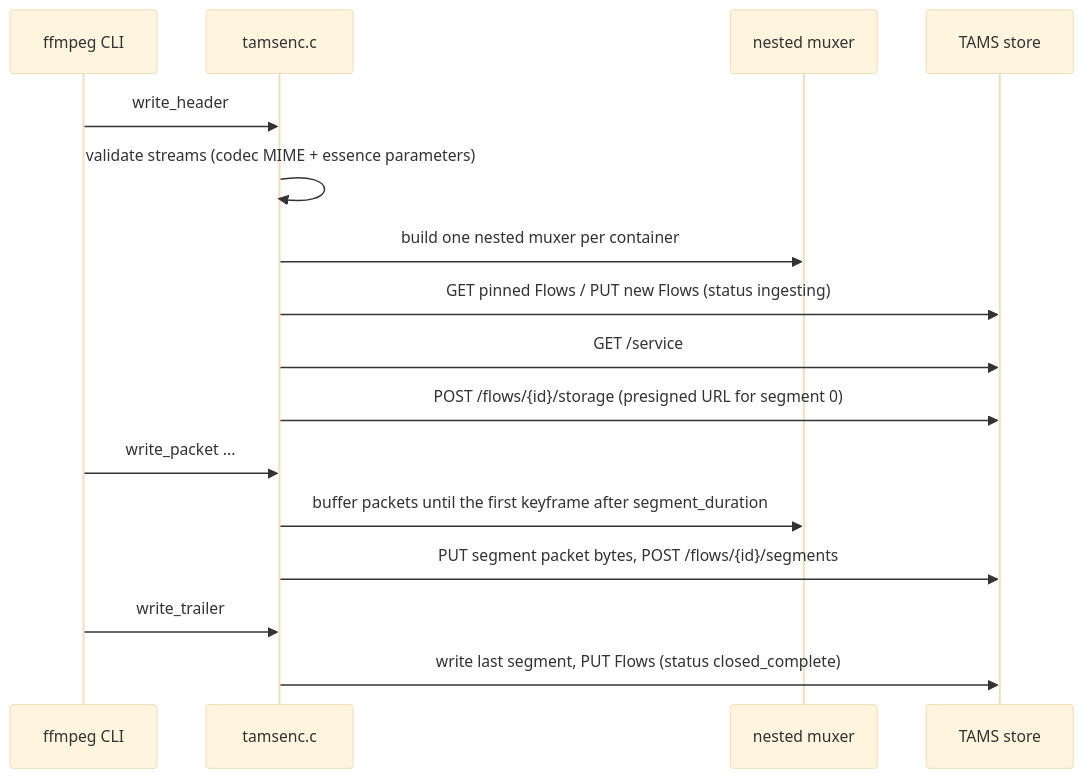
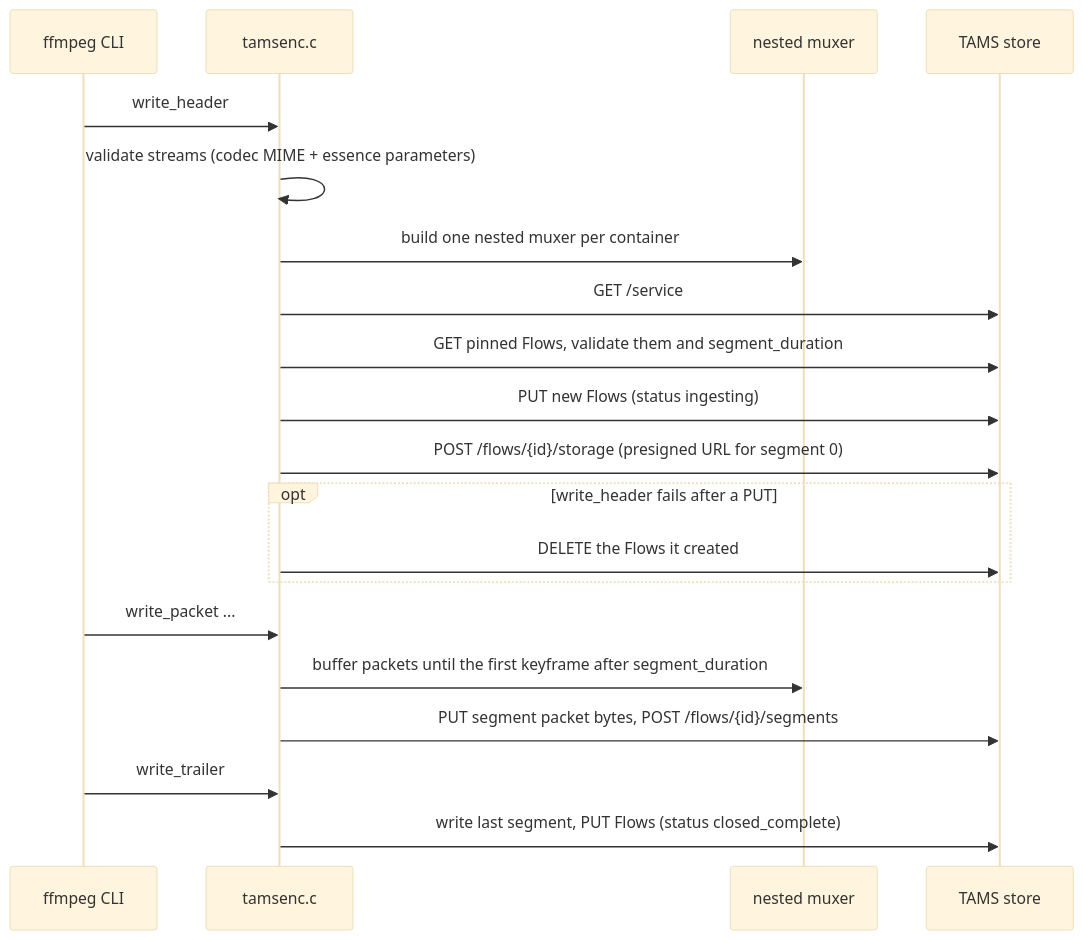
Before and after one commit to hootworks/website: the fourth of 5 diagrams in content/news/tams-implementation-in-ffmpeg/index.md, drawn with Mermaid (base theme). The commit also changed other lines of this file and 1 other file, not shown here.

First line of the commit message:
theme: h4-h6 not bold; TAMS post: muxer checks before PUT, clarify timerange and never wording

````diff
--- a/content/news/tams-implementation-in-ffmpeg/index.md
+++ b/content/news/tams-implementation-in-ffmpeg/index.md
@@ -411,19 +411,23 @@
 ```mermaid
 sequenceDiagram
     participant CLI as ffmpeg CLI
     participant Mux as tamsenc.c
     participant Sub as nested muxer
     participant TAMS as TAMS store
 
     CLI->>Mux: write_header
     Mux->>Mux: validate streams (codec MIME + essence parameters)
     Mux->>Sub: build one nested muxer per container
-    Mux->>TAMS: GET pinned Flows / PUT new Flows (status ingesting)
     Mux->>TAMS: GET /service
+    Mux->>TAMS: GET pinned Flows, validate them and segment_duration
+    Mux->>TAMS: PUT new Flows (status ingesting)
     Mux->>TAMS: POST /flows/{id}/storage (presigned URL for segment 0)
+    opt write_header fails after a PUT
+        Mux->>TAMS: DELETE the Flows it created
+    end
     CLI->>Mux: write_packet ...
     Mux->>Sub: buffer packets until the first keyframe after segment_duration
     Mux->>TAMS: PUT segment packet bytes, POST /flows/{id}/segments
     CLI->>Mux: write_trailer
     Mux->>TAMS: write last segment, PUT Flows (status closed_complete)
 ```
````
